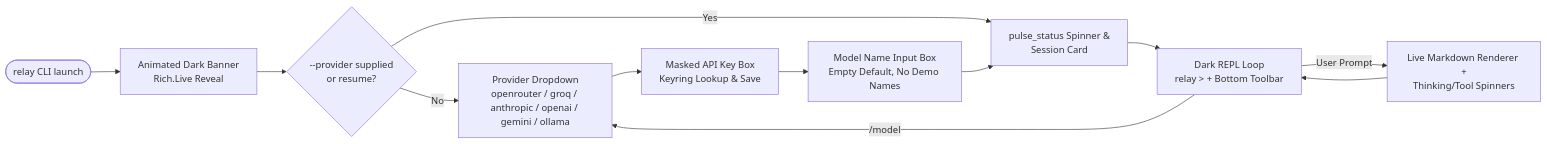
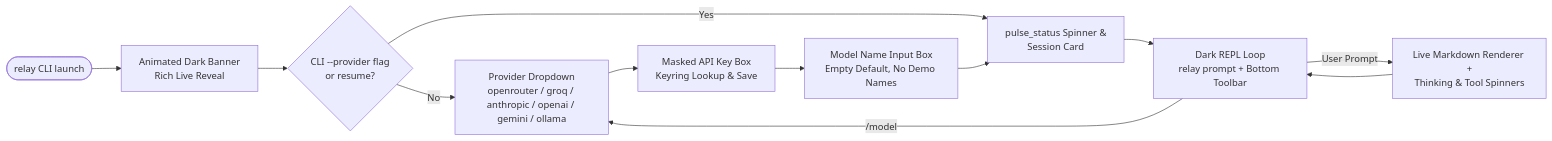
The fourth of 10 diagrams in ARCHITECTURE.md (Sumit-Prasad01/Relay), drawn with Mermaid before and after one commit. The commit also changed other lines of this file, not shown here.

Commit message:
docs(architecture): quote Mermaid flowchart node labels and subgraph headers to fix GitHub rendering

````diff
--- a/ARCHITECTURE.md
+++ b/ARCHITECTURE.md
@@ -168,14 +168,14 @@
 ```mermaid
 flowchart LR
-    Start([relay CLI launch]) --> Banner[Animated Dark Banner<br/>Rich.Live Reveal]
-    Banner --> Flags{--provider supplied<br/>or resume?}
-    Flags -- No --> Dropdown[Provider Dropdown<br/>openrouter / groq / anthropic / openai / gemini / ollama]
-    Dropdown --> KeyBox[Masked API Key Box<br/>Keyring Lookup & Save]
-    KeyBox --> ModelBox[Model Name Input Box<br/>Empty Default, No Demo Names]
+    Start(["relay CLI launch"]) --> Banner["Animated Dark Banner<br/>Rich Live Reveal"]
+    Banner --> Flags{"CLI --provider flag<br/>or resume?"}
+    Flags -- No --> Dropdown["Provider Dropdown<br/>openrouter / groq / anthropic / openai / gemini / ollama"]
+    Dropdown --> KeyBox["Masked API Key Box<br/>Keyring Lookup & Save"]
+    KeyBox --> ModelBox["Model Name Input Box<br/>Empty Default, No Demo Names"]
     Flags -- Yes --> Init
-    ModelBox --> Init[pulse_status Spinner &<br/>Session Card]
-    Init --> REPL[Dark REPL Loop<br/>relay > + Bottom Toolbar]
-    REPL -->|/model| Dropdown
-    REPL -->|User Prompt| Stream[Live Markdown Renderer +<br/>Thinking/Tool Spinners]
+    ModelBox --> Init["pulse_status Spinner &<br/>Session Card"]
+    Init --> REPL["Dark REPL Loop<br/>relay prompt + Bottom Toolbar"]
+    REPL -- "/model" --> Dropdown
+    REPL -- "User Prompt" --> Stream["Live Markdown Renderer +<br/>Thinking & Tool Spinners"]
     Stream --> REPL
 ```
````
